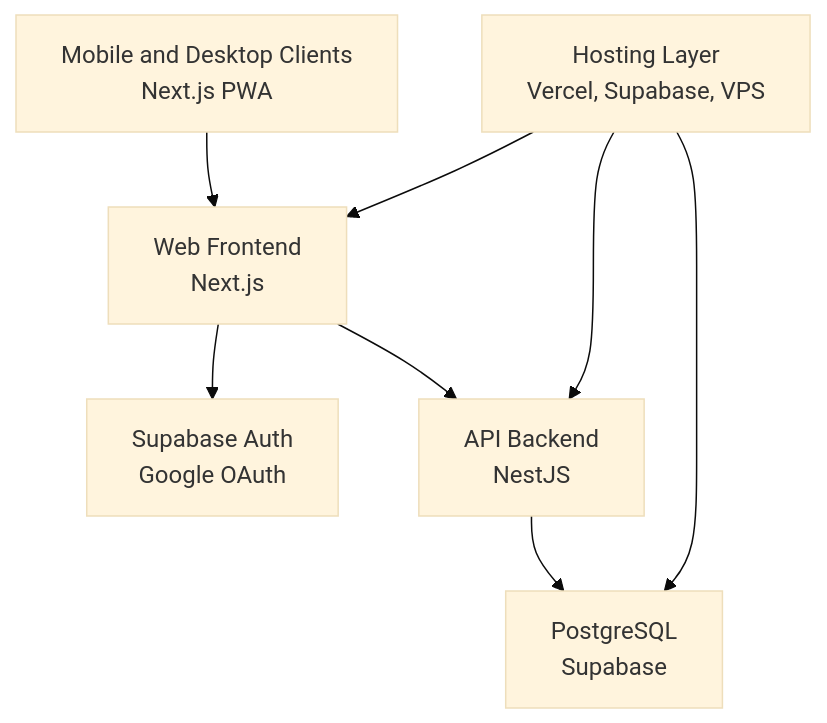
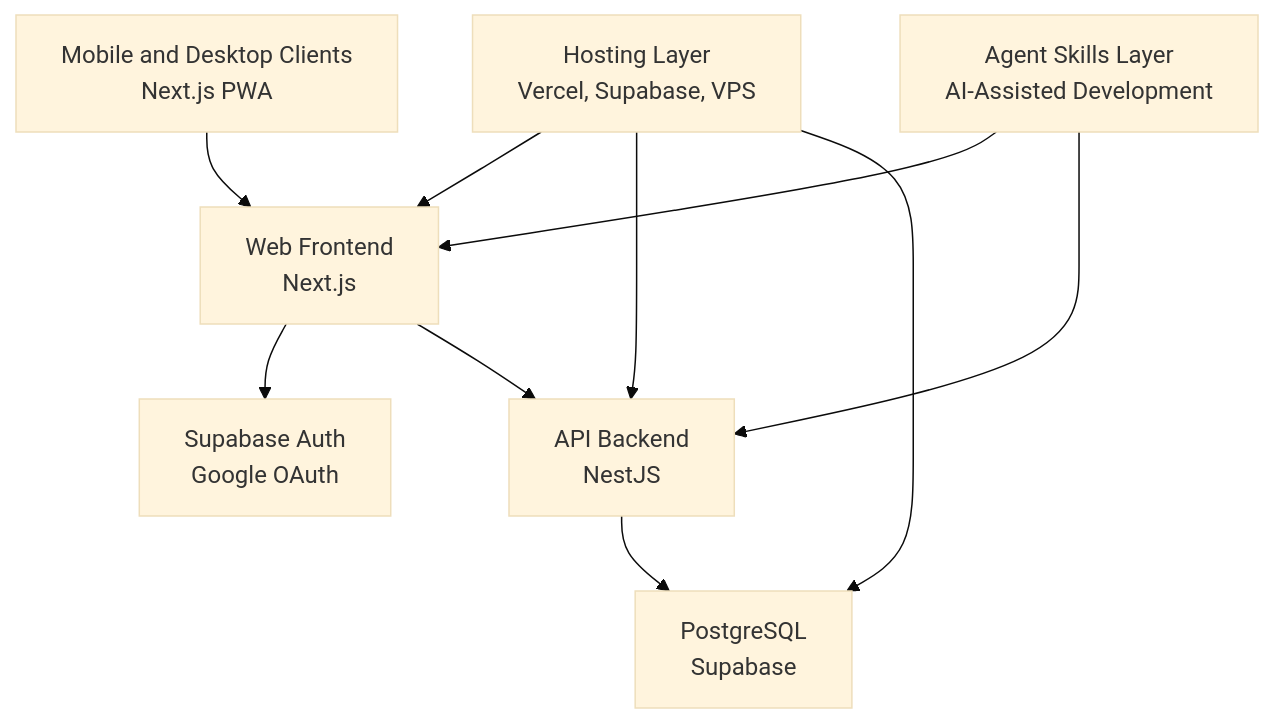
Before and after one commit to epo33m/scheduling: the third of 4 diagrams in .qoder/repowiki/en/content/Development Setup Guide.md, drawn with Mermaid (base theme). The commit also changed other lines of this file and 28 other files, not shown here.

````diff
--- a/.qoder/repowiki/en/content/Development Setup Guide.md
+++ b/.qoder/repowiki/en/content/Development Setup Guide.md
@@ -116,16 +226,19 @@
 ```mermaid
 graph TB
 Client["Mobile and Desktop Clients<BR/>Next.js PWA"]
 WebFrontend["Web Frontend<BR/>Next.js"]
 ApiBackend["API Backend<BR/>NestJS"]
 Database["PostgreSQL<BR/>Supabase"]
 AuthProvider["Supabase Auth<BR/>Google OAuth"]
 Hosting["Hosting Layer<BR/>Vercel, Supabase, VPS"]
+AgentSkills["Agent Skills Layer<BR/>AI-Assisted Development"]
 Client --> WebFrontend
 WebFrontend --> AuthProvider
 WebFrontend --> ApiBackend
 ApiBackend --> Database
 Hosting --> WebFrontend
 Hosting --> ApiBackend
 Hosting --> Database
+AgentSkills --> WebFrontend
+AgentSkills --> ApiBackend
 ```
````
